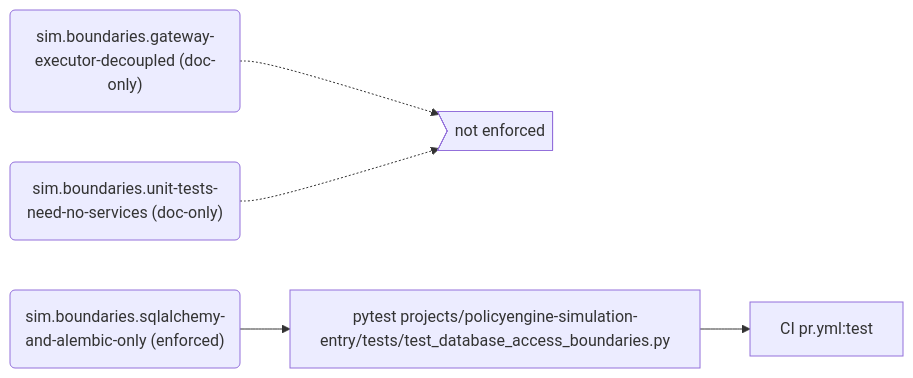
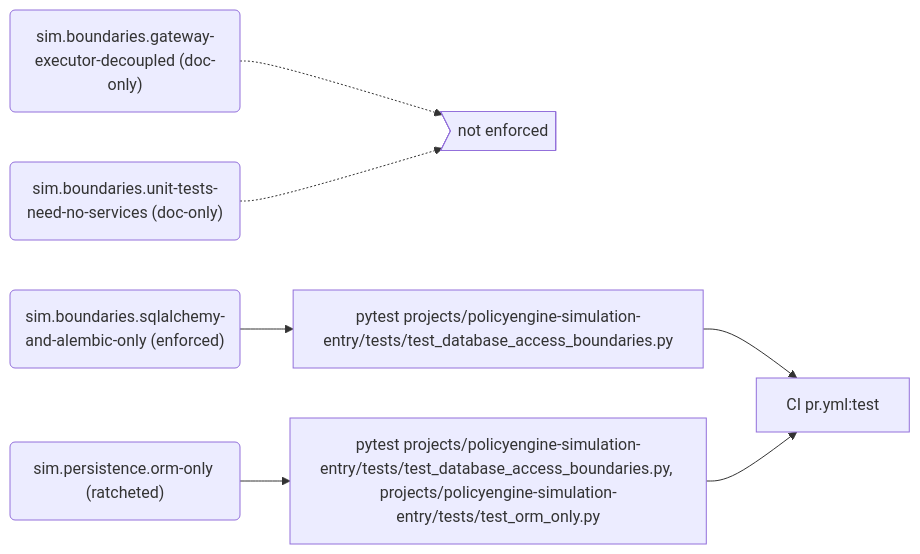
One commit to PolicyEngine/policyengine-sim-api changed the first of 11 diagrams in docs/generated/rules.md. Above: the diagram before and after it, drawn with Mermaid. The commit also changed other lines of this file and 9 other files, not shown here.

First line of the commit message:
Require the SQLAlchemy ORM for database code, ratcheted

````diff
--- a/docs/generated/rules.md
+++ b/docs/generated/rules.md
@@ -86,13 +87,17 @@
 ```mermaid
 flowchart LR
   r_sim_boundaries_gateway_executor_decoupled("sim.boundaries.gateway-executor-decoupled (doc-only)")
   gap_unenforced>"not enforced"]
   r_sim_boundaries_sqlalchemy_and_alembic_only("sim.boundaries.sqlalchemy-and-alembic-only (enforced)")
   e_pytest_projects_policyengine_simulation_entry_tests_test_database_access_boundaries_py["pytest projects/policyengine-simulation-entry/tests/test_database_access_boundaries.py"]
   j_CI_pr_yml_test["CI pr.yml:test"]
   r_sim_boundaries_unit_tests_need_no_services("sim.boundaries.unit-tests-need-no-services (doc-only)")
+  r_sim_persistence_orm_only("sim.persistence.orm-only (ratcheted)")
+  e_pytest_projects_policyengine_simulation_entry_tests_test_database_access_boundaries_py__projects_policyengine_simulation_entry_tests_test_orm_only_py["pytest projects/policyengine-simulation-entry/tests/test_database_access_boundaries.py, projects/policyengine-simulation-entry/tests/test_orm_only.py"]
   r_sim_boundaries_gateway_executor_decoupled -.-> gap_unenforced
   r_sim_boundaries_sqlalchemy_and_alembic_only --> e_pytest_projects_policyengine_simulation_entry_tests_test_database_access_boundaries_py
   e_pytest_projects_policyengine_simulation_entry_tests_test_database_access_boundaries_py --> j_CI_pr_yml_test
   r_sim_boundaries_unit_tests_need_no_services -.-> gap_unenforced
+  r_sim_persistence_orm_only --> e_pytest_projects_policyengine_simulation_entry_tests_test_database_access_boundaries_py__projects_policyengine_simulation_entry_tests_test_orm_only_py
+  e_pytest_projects_policyengine_simulation_entry_tests_test_database_access_boundaries_py__projects_policyengine_simulation_entry_tests_test_orm_only_py --> j_CI_pr_yml_test
 ```
````
